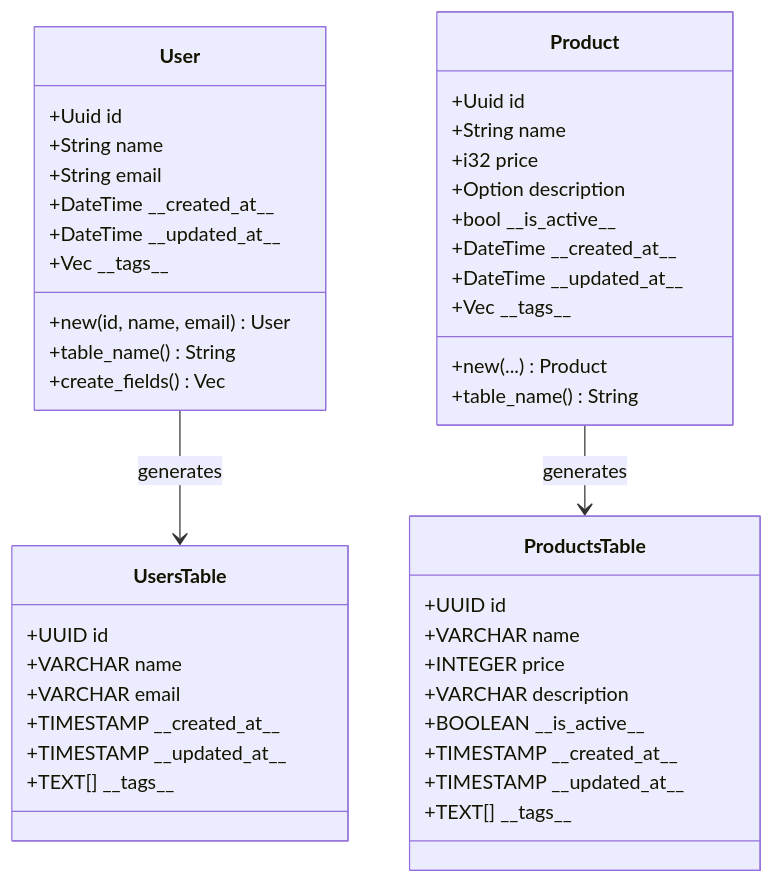
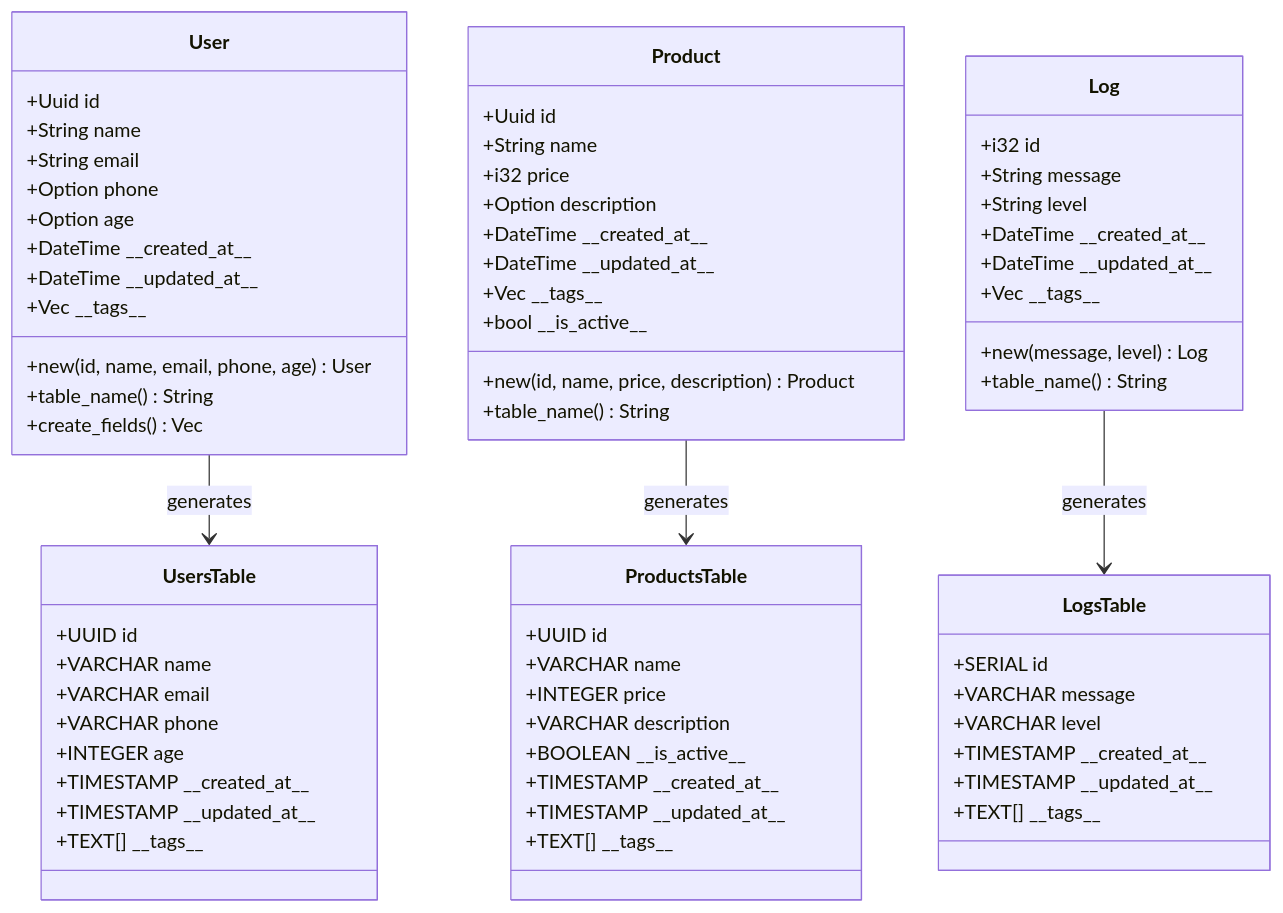
Before and after one commit to at5500/storehaus: the diagram in docs/models.md, drawn with Mermaid. The commit also changed other lines of this file, not shown here.

````diff
--- a/docs/models.md
+++ b/docs/models.md
@@ -9,50 +9,75 @@
 ```mermaid
 classDiagram
     class User {
         +Uuid id
         +String name
         +String email
+        +Option phone
+        +Option age
         +DateTime \_\_created_at\_\_
         +DateTime \_\_updated_at\_\_
         +Vec \_\_tags\_\_
-        +new(id, name, email) User
+        +new(id, name, email, phone, age) User
         +table_name() String
         +create_fields() Vec
     }
 
     class Product {
         +Uuid id
         +String name
         +i32 price
         +Option description
-        +bool \_\_is_active\_\_
         +DateTime \_\_created_at\_\_
         +DateTime \_\_updated_at\_\_
         +Vec \_\_tags\_\_
-        +new(...) Product
+        +bool \_\_is_active\_\_
+        +new(id, name, price, description) Product
+        +table_name() String
+    }
+
+    class Log {
+        +i32 id
+        +String message
+        +String level
+        +DateTime \_\_created_at\_\_
+        +DateTime \_\_updated_at\_\_
+        +Vec \_\_tags\_\_
+        +new(message, level) Log
         +table_name() String
     }
 
     class UsersTable {
         +UUID id
         +VARCHAR name
         +VARCHAR email
+        +VARCHAR phone
+        +INTEGER age
         +TIMESTAMP \_\_created_at\_\_
         +TIMESTAMP \_\_updated_at\_\_
         +TEXT[] \_\_tags\_\_
     }
 
     class ProductsTable {
         +UUID id
         +VARCHAR name
         +INTEGER price
         +VARCHAR description
         +BOOLEAN \_\_is_active\_\_
         +TIMESTAMP \_\_created_at\_\_
         +TIMESTAMP \_\_updated_at\_\_
         +TEXT[] \_\_tags\_\_
     }
 
+    class LogsTable {
+        +SERIAL id
+        +VARCHAR message
+        +VARCHAR level
+        +TIMESTAMP \_\_created_at\_\_
+        +TIMESTAMP \_\_updated_at\_\_
+        +TEXT[] \_\_tags\_\_
+    }
+
     User --> UsersTable : generates
     Product --> ProductsTable : generates
+    Log --> LogsTable : generates
 ```
````
